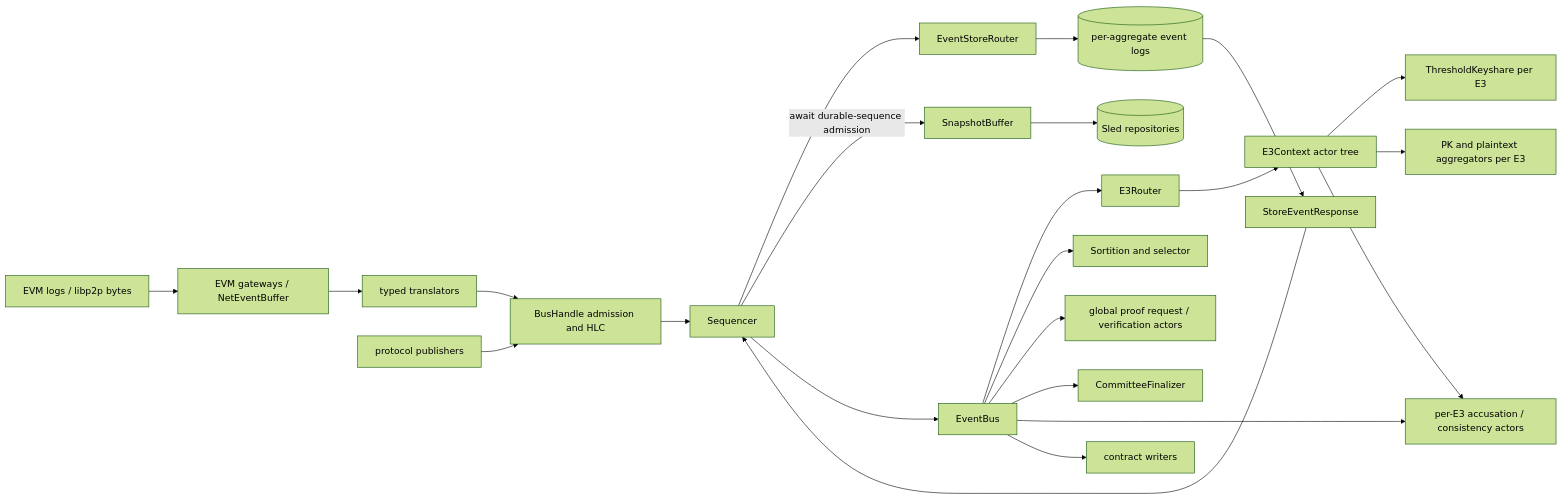
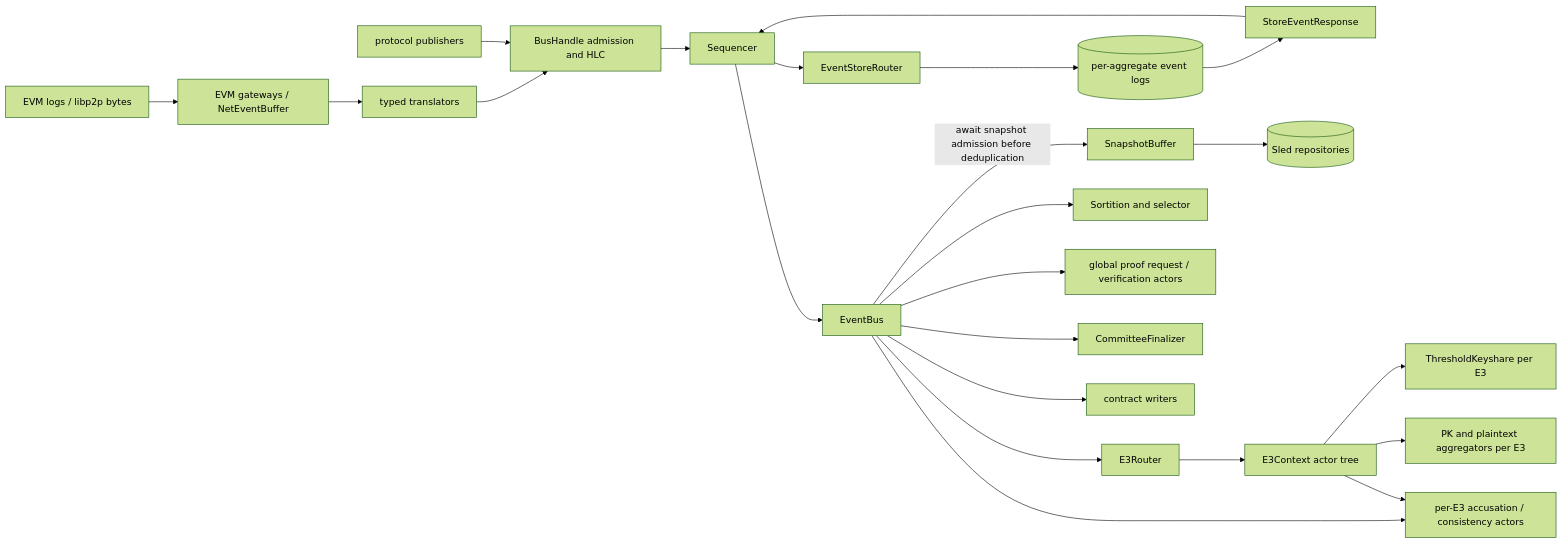
Before and after one commit to theinterfold/interfold: the fourth of 15 diagrams in agent/CRATES_ARCHITECTURE.md, drawn with Mermaid (forest theme). The commit also changed other lines of this file and 10 other files, not shown here.

````diff
--- a/agent/CRATES_ARCHITECTURE.md
+++ b/agent/CRATES_ARCHITECTURE.md
@@ -256,27 +256,27 @@
 ```mermaid
 flowchart LR
     Ext[EVM logs / libp2p bytes] --> Gateways[EVM gateways / NetEventBuffer]
     Gateways --> Translate[typed translators]
     Translate --> Handle[BusHandle admission and HLC]
     Publishers[protocol publishers] --> Handle
     Handle --> Seq[Sequencer]
     Seq --> StoreRouter[EventStoreRouter]
     StoreRouter --> Logs[(per-aggregate event logs)]
     Logs --> StoreAck[StoreEventResponse]
     StoreAck --> Seq
-    Seq -->|await durable-sequence admission| Snapshot[SnapshotBuffer]
     Seq --> Bus[EventBus]
+    Bus -->|await snapshot admission before deduplication| Snapshot[SnapshotBuffer]
 
     Bus --> Router[E3Router]
     Bus --> Sortition[Sortition and selector]
     Bus --> Proof[global proof request / verification actors]
     Bus --> Committee[CommitteeFinalizer]
     Bus --> Safety[per-E3 accusation / consistency actors]
     Bus --> Writers[contract writers]
 
     Snapshot --> KV[(Sled repositories)]
     Router --> Context[E3Context actor tree]
     Context --> Keyshare[ThresholdKeyshare per E3]
     Context --> Aggregators[PK and plaintext aggregators per E3]
     Context --> Safety
 ```
````
